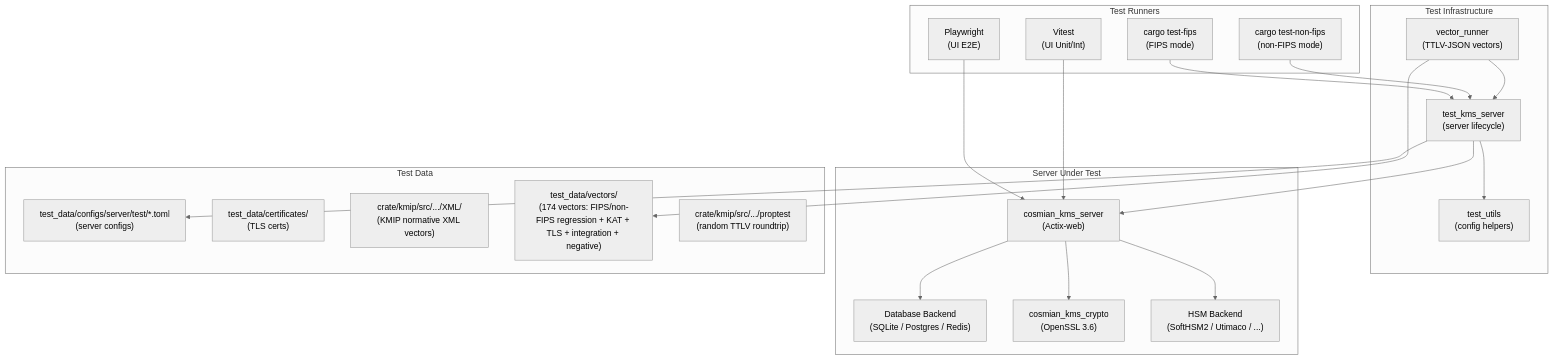
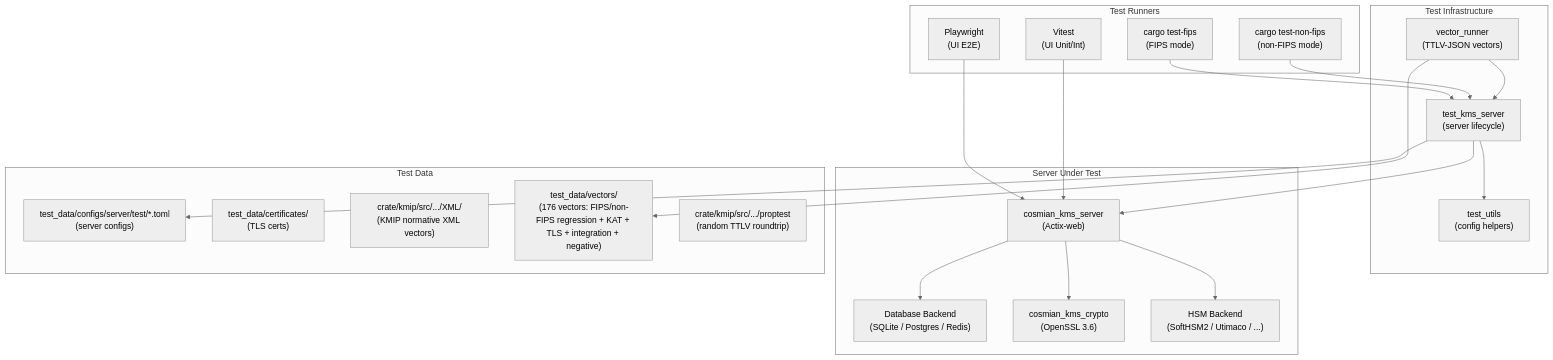
Before and after one commit to Cosmian/kms: the first of 2 diagrams in TESTS.md, drawn with Mermaid (neutral theme). The commit also changed other lines of this file and 6 other files, not shown here.

````diff
--- a/TESTS.md
+++ b/TESTS.md
@@ -9,43 +9,43 @@
 ```mermaid
 flowchart TD
     subgraph TestRunners["Test Runners"]
         CT["cargo test-fips\n(FIPS mode)"]
         CNF["cargo test-non-fips\n(non-FIPS mode)"]
         PW["Playwright\n(UI E2E)"]
         VT["Vitest\n(UI Unit/Int)"]
     end
 
     subgraph TestInfra["Test Infrastructure"]
         TKS["test_kms_server\n(server lifecycle)"]
         TU["test_utils\n(config helpers)"]
         TV["vector_runner\n(TTLV-JSON vectors)"]
     end
 
     subgraph ServerUnderTest["Server Under Test"]
         KMS["cosmian_kms_server\n(Actix-web)"]
         DB["Database Backend\n(SQLite / Postgres / Redis)"]
         CR["cosmian_kms_crypto\n(OpenSSL 3.6)"]
         HSM["HSM Backend\n(SoftHSM2 / Utimaco / ...)"]
     end
 
     subgraph TestData["Test Data"]
         TOML["test_data/configs/server/test/*.toml\n(server configs)"]
         CERT["test_data/certificates/\n(TLS certs)"]
         XML["crate/kmip/src/.../XML/\n(KMIP normative XML vectors)"]
-        VEC["test_data/vectors/\n(174 vectors: FIPS/non-FIPS regression + KAT + TLS + integration + negative)"]
+        VEC["test_data/vectors/\n(176 vectors: FIPS/non-FIPS regression + KAT + TLS + integration + negative)"]
         PROP["crate/kmip/src/.../proptest\n(random TTLV roundtrip)"]
     end
 
     CT --> TKS
     CNF --> TKS
     TKS --> KMS
     TKS --> TU
     TV --> TKS
     KMS --> DB
     KMS --> CR
     KMS --> HSM
     TKS --> TOML
     TV --> VEC
     PW --> KMS
     VT --> KMS
 ```
````
